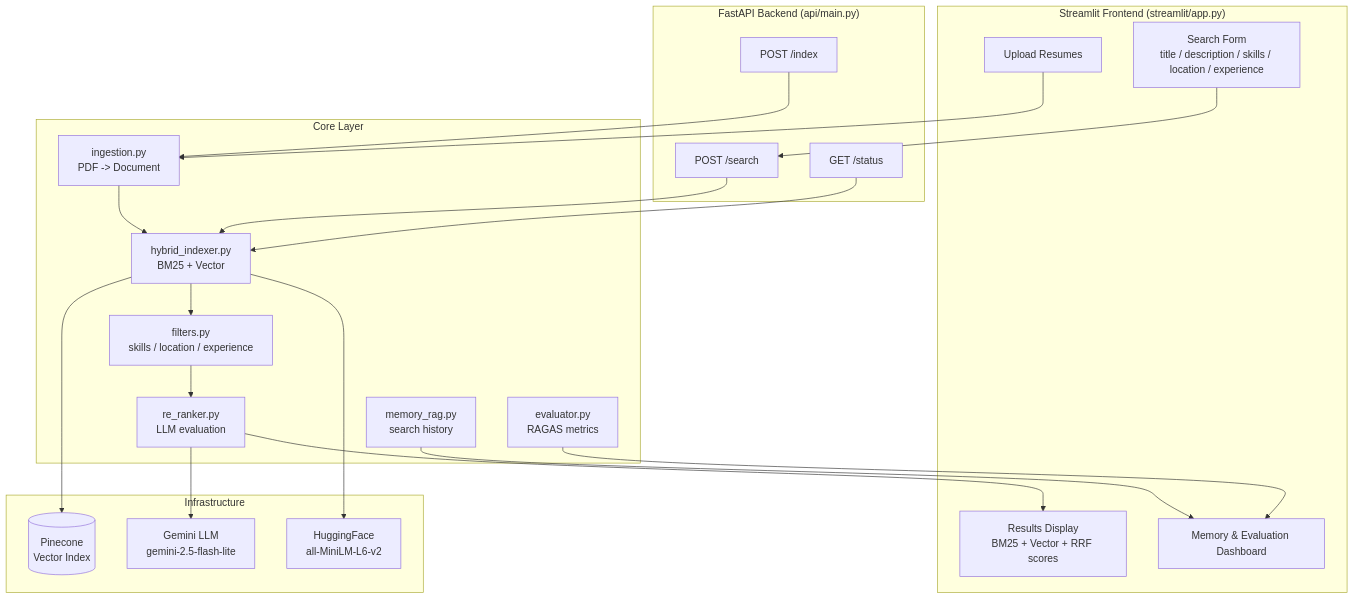
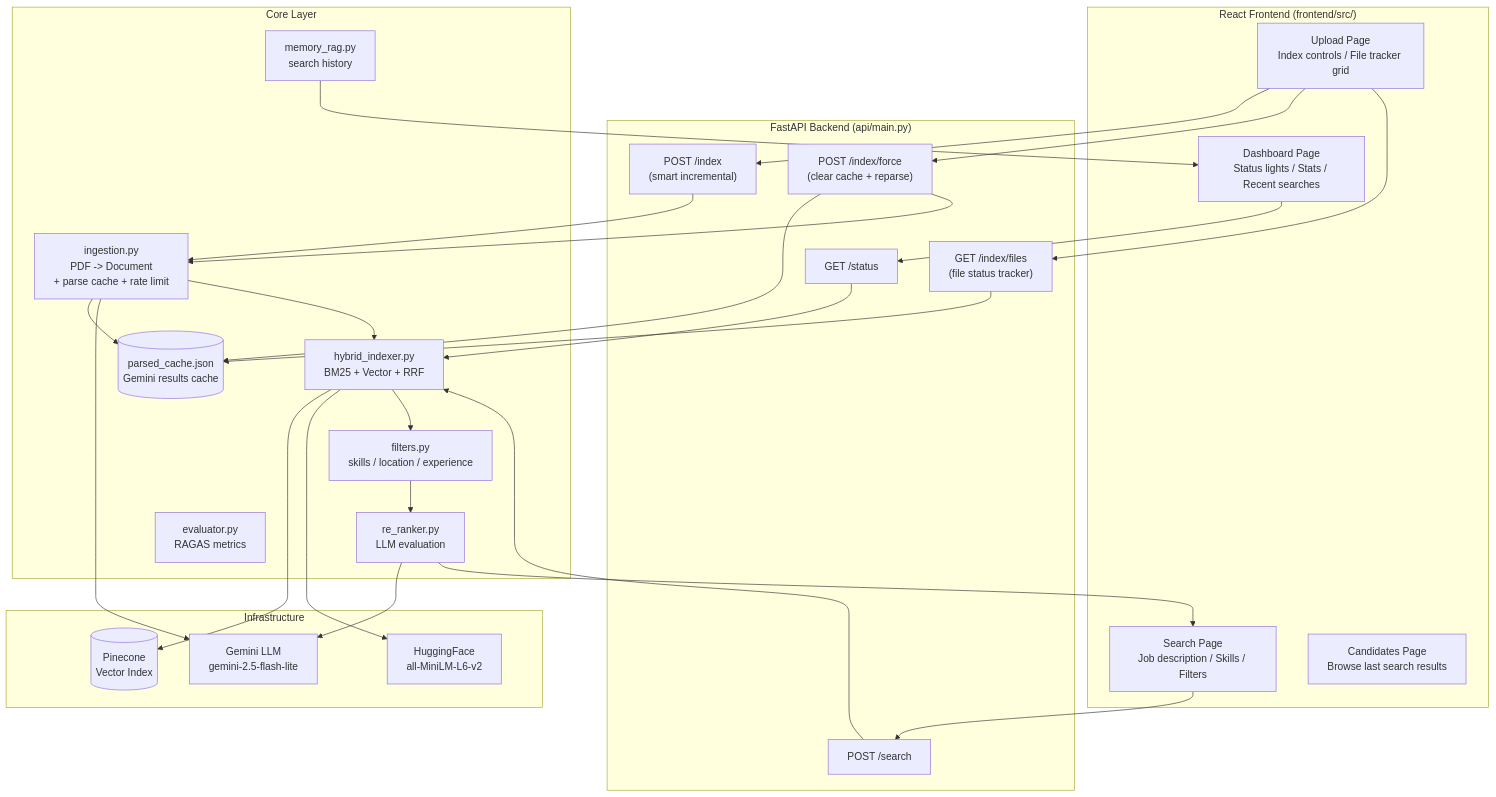
The first of 4 diagrams in HireFlow_Architecture.md (HarshaVardhanJalli/HireFlow), drawn with Mermaid before and after one commit. The commit also changed other lines of this file and 4 other files, not shown here.

Commit message:
added incremental cache

````diff
--- a/HireFlow_Architecture.md
+++ b/HireFlow_Architecture.md
@@ -13,45 +13,57 @@
 ```mermaid
 graph TB
-    subgraph UI["Streamlit Frontend (streamlit/app.py)"]
-        UPLOAD[Upload Resumes]
-        SEARCH[Search Form<br>title / description / skills / location / experience]
-        RESULTS[Results Display<br>BM25 + Vector + RRF scores]
-        MEMORY[Memory & Evaluation Dashboard]
+    subgraph UI["React Frontend (frontend/src/)"]
+        DASHBOARD[Dashboard Page<br>Status lights / Stats / Recent searches]
+        SEARCH_UI[Search Page<br>Job description / Skills / Filters]
+        UPLOAD[Upload Page<br>Index controls / File tracker grid]
+        CANDIDATES[Candidates Page<br>Browse last search results]
     end
 
     subgraph API["FastAPI Backend (api/main.py)"]
-        INDEX_EP[POST /index]
+        INDEX_EP["POST /index<br>(smart incremental)"]
+        FORCE_EP["POST /index/force<br>(clear cache + reparse)"]
+        FILES_EP["GET /index/files<br>(file status tracker)"]
         SEARCH_EP[POST /search]
         STATUS_EP[GET /status]
     end
 
     subgraph CORE["Core Layer"]
-        INGESTION[ingestion.py<br>PDF -> Document]
-        INDEXER[hybrid_indexer.py<br>BM25 + Vector]
+        INGESTION["ingestion.py<br>PDF -> Document<br>+ parse cache + rate limit"]
+        CACHE[(parsed_cache.json<br>Gemini results cache)]
+        INDEXER[hybrid_indexer.py<br>BM25 + Vector + RRF]
         FILTERS[filters.py<br>skills / location / experience]
         RERANKER[re_ranker.py<br>LLM evaluation]
         MEMORY_RAG[memory_rag.py<br>search history]
         EVALUATOR[evaluator.py<br>RAGAS metrics]
     end
 
     subgraph INFRA["Infrastructure"]
         PINECONE[(Pinecone<br>Vector Index)]
         GEMINI[Gemini LLM<br>gemini-2.5-flash-lite]
         EMBEDDINGS[HuggingFace<br>all-MiniLM-L6-v2]
     end
 
-    UPLOAD --> INGESTION
-    SEARCH --> SEARCH_EP
+    UPLOAD --> INDEX_EP
+    UPLOAD --> FORCE_EP
+    UPLOAD --> FILES_EP
+    SEARCH_UI --> SEARCH_EP
+    DASHBOARD --> STATUS_EP
+
     INDEX_EP --> INGESTION
+    FORCE_EP --> CACHE
+    FORCE_EP --> INGESTION
+    FILES_EP --> CACHE
+
+    INGESTION --> CACHE
+    INGESTION --> GEMINI
     INGESTION --> INDEXER
     INDEXER --> PINECONE
     INDEXER --> EMBEDDINGS
     SEARCH_EP --> INDEXER
     INDEXER --> FILTERS
     FILTERS --> RERANKER
     RERANKER --> GEMINI
-    RERANKER --> RESULTS
-    MEMORY_RAG --> MEMORY
-    EVALUATOR --> MEMORY
+    RERANKER --> SEARCH_UI
+    MEMORY_RAG --> DASHBOARD
     STATUS_EP --> INDEXER
 ```
````
